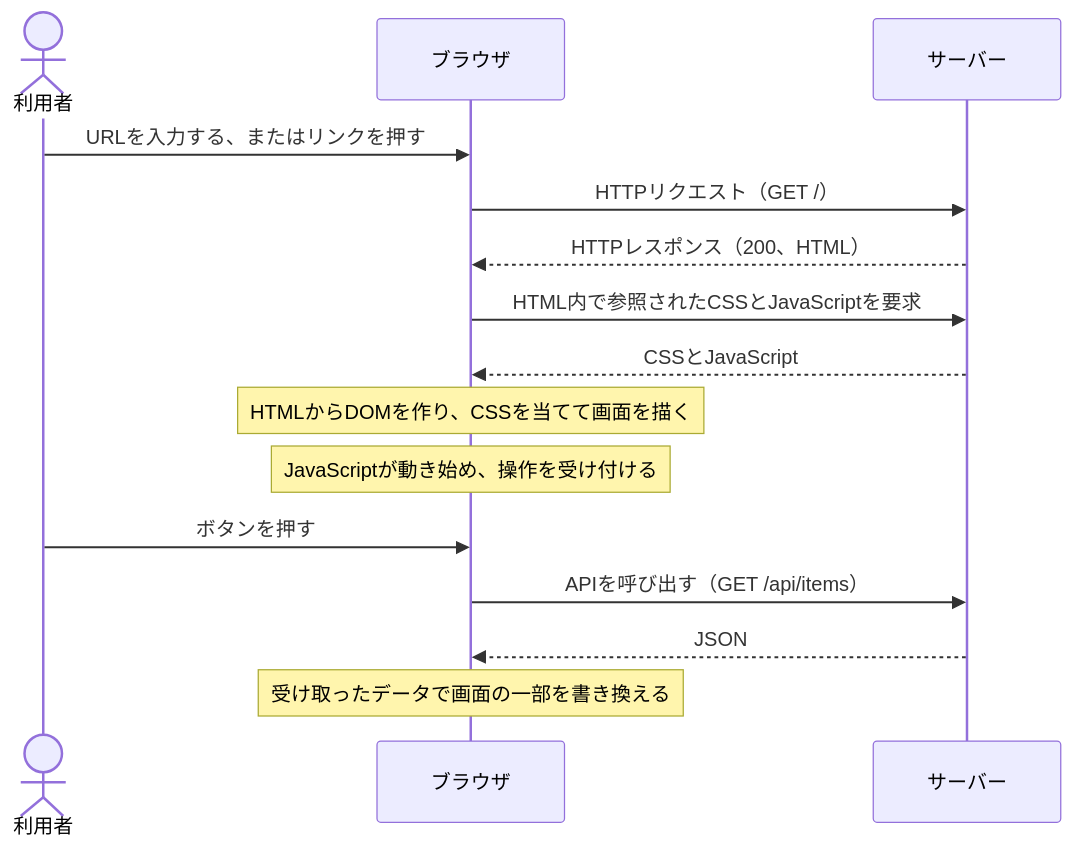
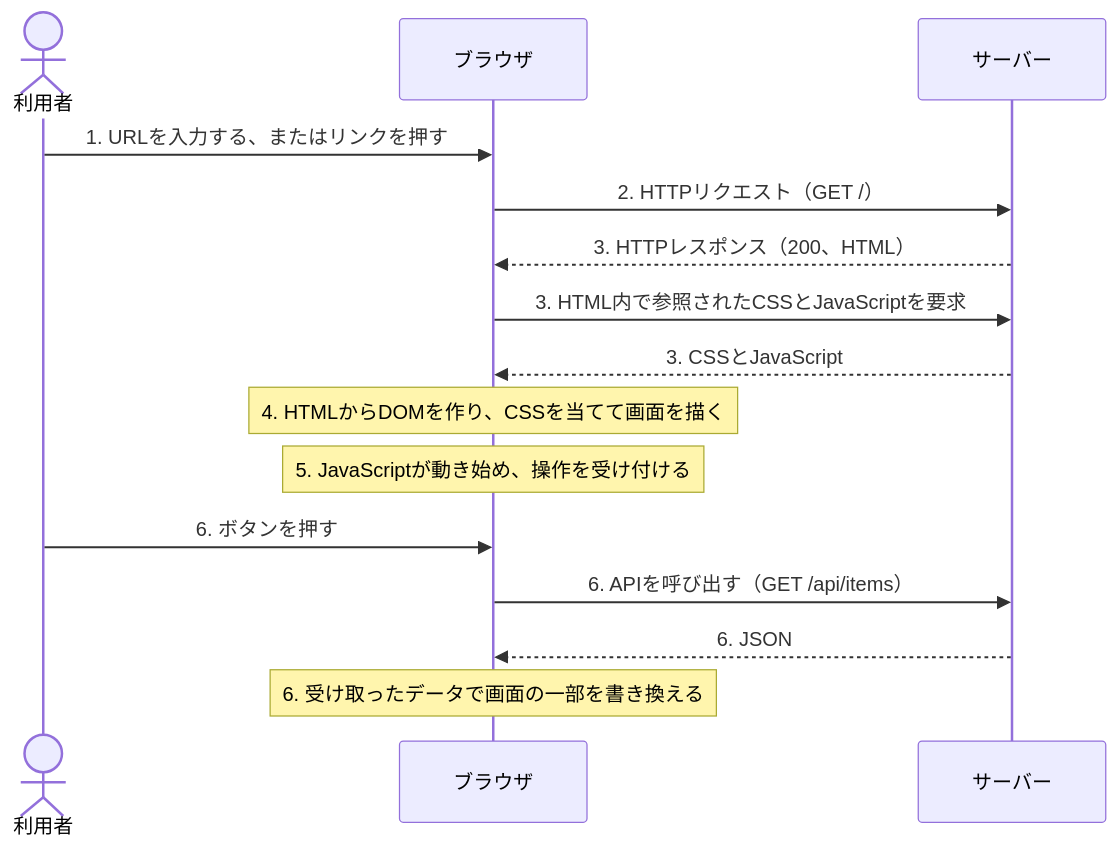
Before and after one commit to yamaguchiyoshito/frontend-engineering-guide: the first of 2 diagrams in docs/guide/prerequisites.md, drawn with Mermaid. The commit also changed other lines of this file and 5 other files, not shown here.

First line of the commit message:
Number the diagrams and add a team-flow flowchart

````diff
--- a/docs/guide/prerequisites.md
+++ b/docs/guide/prerequisites.md
@@ -36,17 +36,17 @@
 ```mermaid
 sequenceDiagram
     actor U as 利用者
     participant B as ブラウザ
     participant S as サーバー
-    U->>B: URLを入力する、またはリンクを押す
-    B->>S: HTTPリクエスト（GET /）
-    S-->>B: HTTPレスポンス（200、HTML）
-    B->>S: HTML内で参照されたCSSとJavaScriptを要求
-    S-->>B: CSSとJavaScript
-    Note over B: HTMLからDOMを作り、CSSを当てて画面を描く
-    Note over B: JavaScriptが動き始め、操作を受け付ける
-    U->>B: ボタンを押す
-    B->>S: APIを呼び出す（GET /api/items）
-    S-->>B: JSON
-    Note over B: 受け取ったデータで画面の一部を書き換える
+    U->>B: 1. URLを入力する、またはリンクを押す
+    B->>S: 2. HTTPリクエスト（GET /）
+    S-->>B: 3. HTTPレスポンス（200、HTML）
+    B->>S: 3. HTML内で参照されたCSSとJavaScriptを要求
+    S-->>B: 3. CSSとJavaScript
+    Note over B: 4. HTMLからDOMを作り、CSSを当てて画面を描く
+    Note over B: 5. JavaScriptが動き始め、操作を受け付ける
+    U->>B: 6. ボタンを押す
+    B->>S: 6. APIを呼び出す（GET /api/items）
+    S-->>B: 6. JSON
+    Note over B: 6. 受け取ったデータで画面の一部を書き換える
 ```
````
